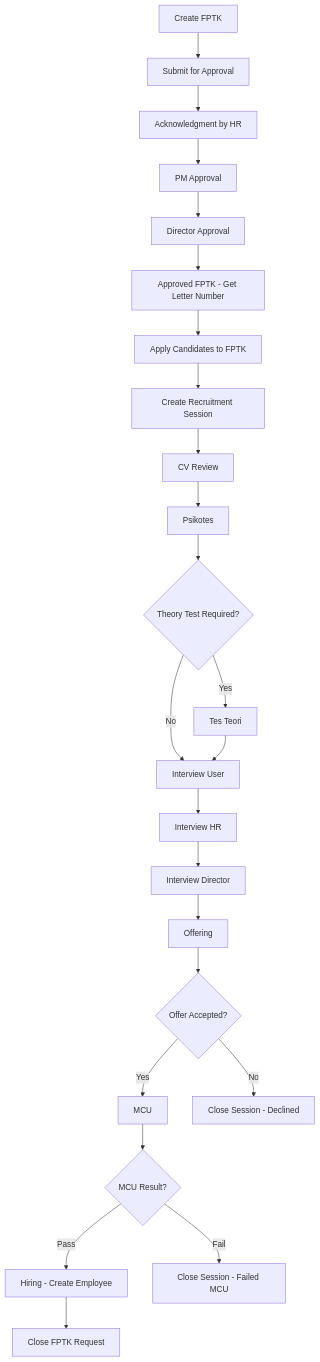
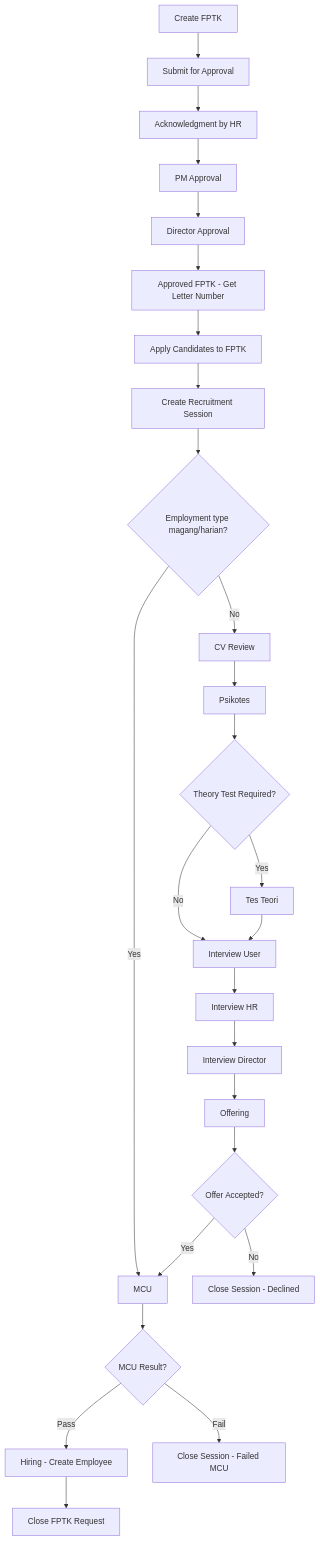
One commit to frizkyramadhan/arka-hero changed the second of 10 diagrams in docs/architecture.md. Above: the diagram before and after it, drawn with Mermaid. The commit also changed other lines of this file and 23 other files, not shown here.

````diff
--- a/docs/architecture.md
+++ b/docs/architecture.md
@@ -218,26 +219,28 @@
 ```mermaid
 graph TD
     A[Create FPTK] --> B[Submit for Approval]
     B --> C[Acknowledgment by HR]
     C --> D[PM Approval]
     D --> E[Director Approval]
     E --> F[Approved FPTK - Get Letter Number]
     F --> G[Apply Candidates to FPTK]
     G --> H[Create Recruitment Session]
-    H --> I[CV Review]
+    H --> H1{Employment type magang/harian?}
+    H1 -->|Yes| R[MCU]
+    H1 -->|No| I[CV Review]
     I --> J[Psikotes]
     J --> K{Theory Test Required?}
     K -->|Yes| L[Tes Teori]
     K -->|No| M[Interview User]
     L --> M
     M --> N[Interview HR]
     N --> O[Interview Director]
     O --> P[Offering]
     P --> Q{Offer Accepted?}
-    Q -->|Yes| R[MCU]
+    Q -->|Yes| R
     Q -->|No| S[Close Session - Declined]
     R --> T{MCU Result?}
     T -->|Pass| U[Hiring - Create Employee]
     T -->|Fail| V[Close Session - Failed MCU]
     U --> W[Close FPTK Request]
 ```
````
